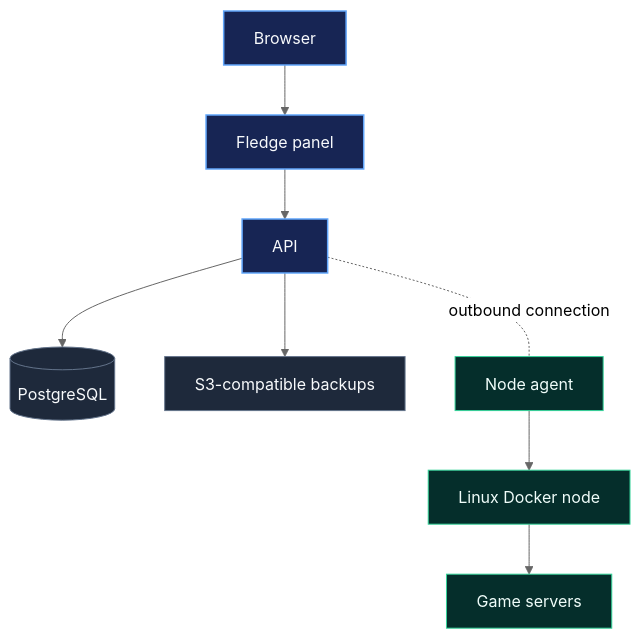
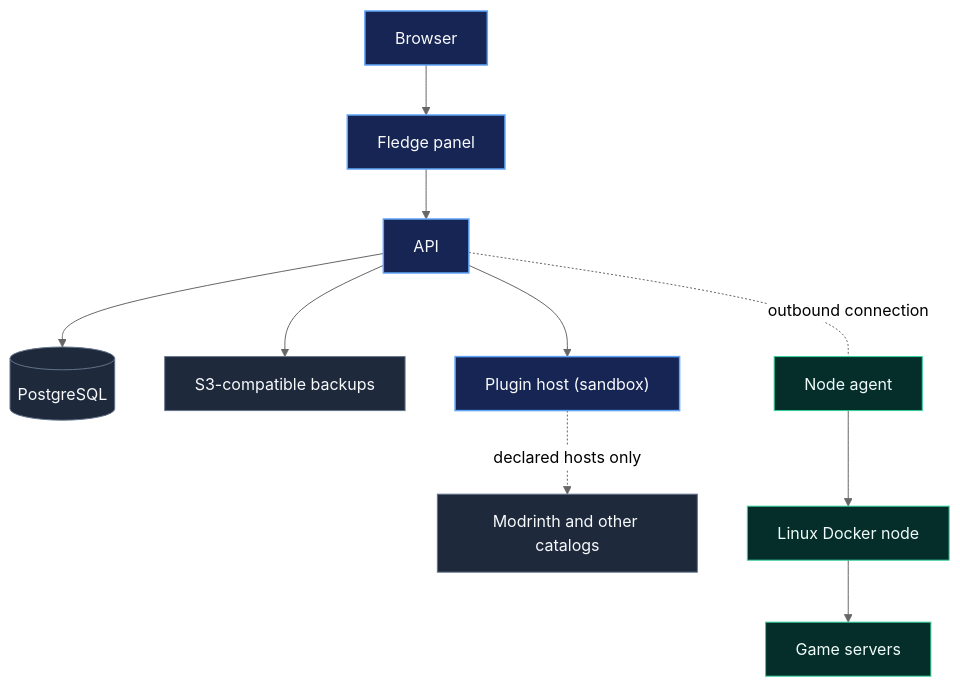
One commit to kavaliersdelikt/fledge changed the diagram in README.md. Above: the diagram before and after it, drawn with Mermaid (neutral theme). The commit also changed other lines of this file and 7 other files, not shown here.

````diff
--- a/README.md
+++ b/README.md
@@ -45,20 +45,23 @@
 ```mermaid
 flowchart TB
     Browser["Browser"] --> Panel["Fledge panel"]
     Panel --> API["API"]
 
     API --> Database[("PostgreSQL")]
     API --> Backups["S3-compatible backups"]
 
+    API --> Plugins["Plugin host (sandbox)"]
+    Plugins -. "declared hosts only" .-> Catalogs["Modrinth and other catalogs"]
     API -. "outbound connection" .- Agent["Node agent"]
     Agent --> Node["Linux Docker node"]
     Node --> Servers["Game servers"]
 
     classDef app fill:#172554,stroke:#60A5FA,color:#F8FAFC,stroke-width:1.5px
     classDef data fill:#1E293B,stroke:#64748B,color:#F8FAFC
     classDef node fill:#052E2B,stroke:#34D399,color:#F0FDFA
 
-    class Browser,Panel,API app
+    class Browser,Panel,API,Plugins app
     class Database,Backups data
     class Agent,Node,Servers node
+    class Catalogs data
 ```
````
